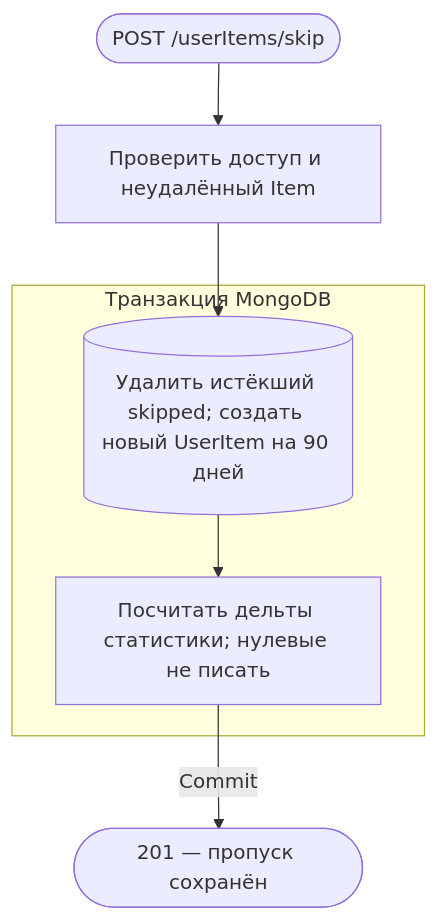
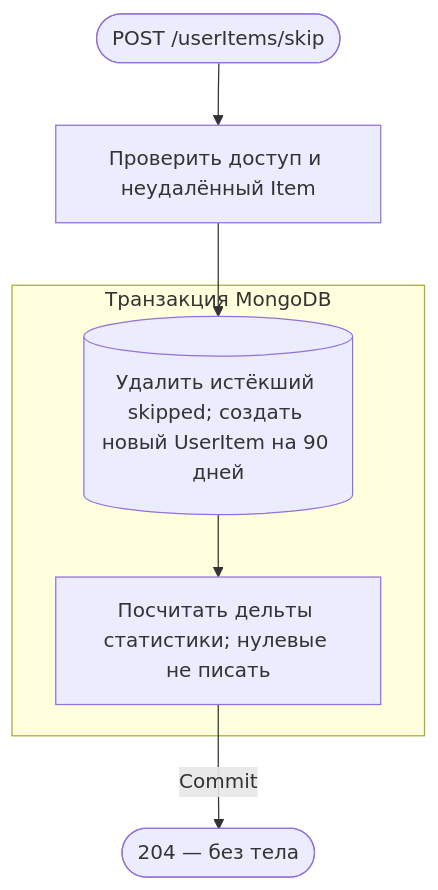
The third of 8 diagrams in apps/api/public/docs/api/requestFlows/userItems.md (AmyGrooove/f95-tinder), drawn with Mermaid before and after one commit. The commit also changed other lines of this file and 230 other files, not shown here.

````diff
--- a/apps/api/public/docs/api/requestFlows/userItems.md
+++ b/apps/api/public/docs/api/requestFlows/userItems.md
@@ -60,12 +60,12 @@
 ```mermaid
 flowchart TD
     accTitle: Пропуск произведения на 90 дней
     accDescr: Проверить Item, транзакционно создать skipped вместо истёкшего пропуска
     A(["POST /userItems/skip"]):::http --> B["Проверить доступ и неудалённый Item"]:::action
     subgraph TX["Транзакция MongoDB"]
         C[("Удалить истёкший skipped; создать новый UserItem на 90 дней")]:::data
         C --> D["Посчитать дельты статистики; нулевые не писать"]:::action
     end
     B --> C
-    D -->|Commit| R(["201 — пропуск сохранён"]):::http
+    D -->|Commit| R(["204 — без тела"]):::http
 ```
````
